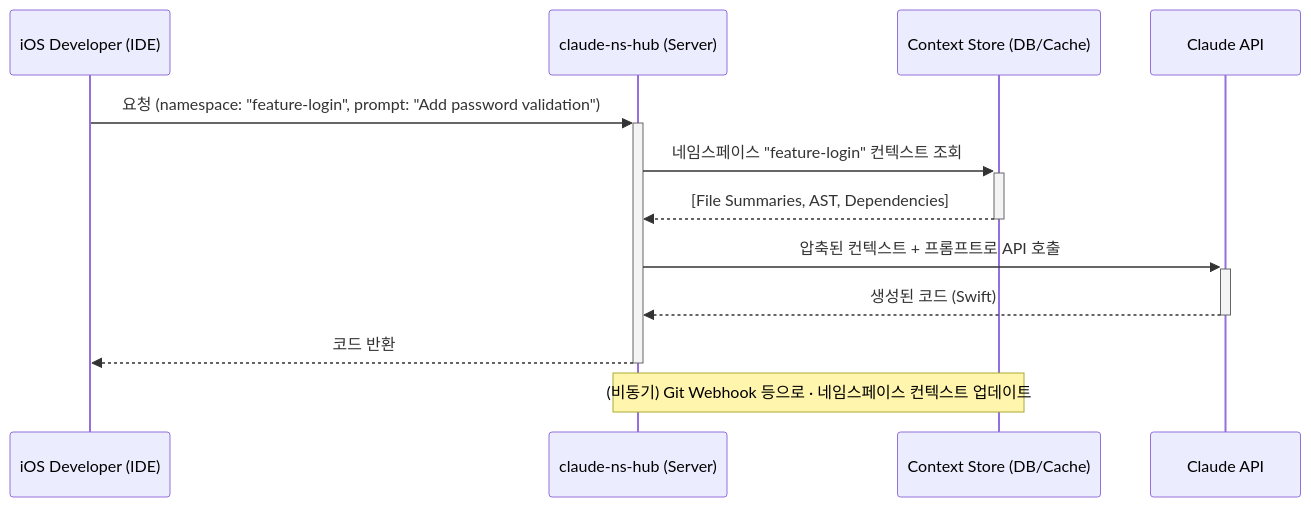
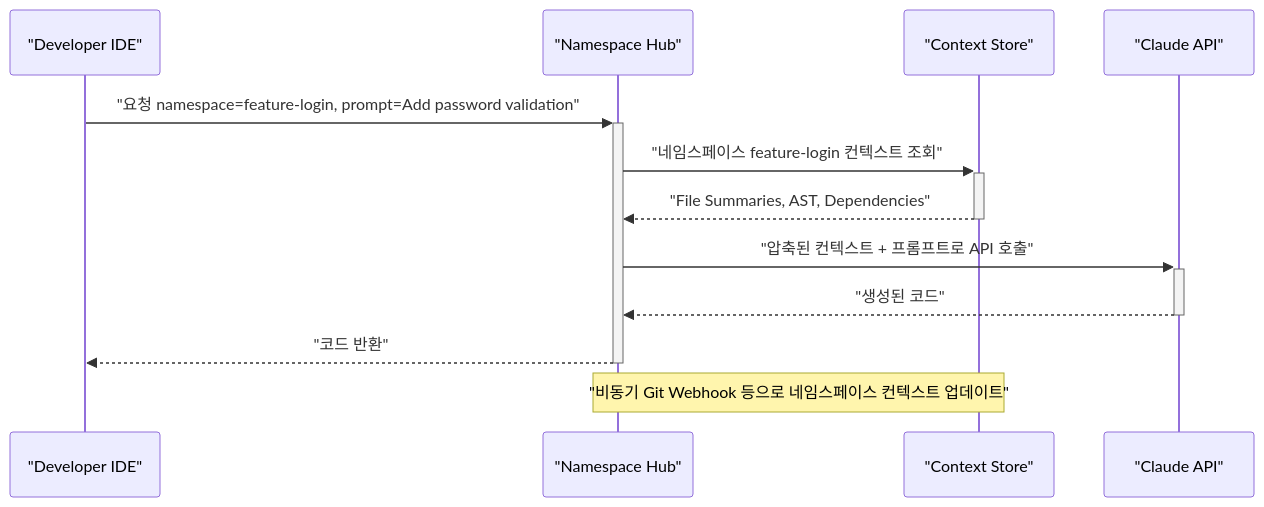
Before and after one commit to Mino777/ai-study: the diagram in content/context-engineering/claude-ns-hub-ai-agent-cost-optimization-stateful-context.mdx, drawn with Mermaid. The commit also changed other lines of this file and 14 other files, not shown here.

````diff
--- a/content/context-engineering/claude-ns-hub-ai-agent-cost-optimization-stateful-context.mdx
+++ b/content/context-engineering/claude-ns-hub-ai-agent-cost-optimization-stateful-context.mdx
@@ -60,15 +63,15 @@
 ```mermaid
 sequenceDiagram
-    participant Client as iOS Developer (IDE)
-    participant Hub as claude-ns-hub (Server)
-    participant Store as Context Store (DB/Cache)
-    participant Claude as Claude API
+    participant Client as "Developer IDE"
+    participant Hub as "Namespace Hub"
+    participant Store as "Context Store"
+    participant Claude as "Claude API"
 
-    Client->>+Hub: 요청 (namespace: "feature-login", prompt: "Add password validation")
-    Hub->>+Store: 네임스페이스 "feature-login" 컨텍스트 조회
-    Store-->>-Hub: [File Summaries, AST, Dependencies]
-    Hub->>+Claude: 압축된 컨텍스트 + 프롬프트로 API 호출
-    Claude-->>-Hub: 생성된 코드 (Swift)
-    Hub-->>-Client: 코드 반환
-    Note over Hub,Store: (비동기) Git Webhook 등으로 · 네임스페이스 컨텍스트 업데이트
+    Client->>+Hub: "요청 namespace=feature-login, prompt=Add password validation"
+    Hub->>+Store: "네임스페이스 feature-login 컨텍스트 조회"
+    Store-->>-Hub: "File Summaries, AST, Dependencies"
+    Hub->>+Claude: "압축된 컨텍스트 + 프롬프트로 API 호출"
+    Claude-->>-Hub: "생성된 코드"
+    Hub-->>-Client: "코드 반환"
+    Note over Hub,Store: "비동기 Git Webhook 등으로 네임스페이스 컨텍스트 업데이트"
 ```
````
